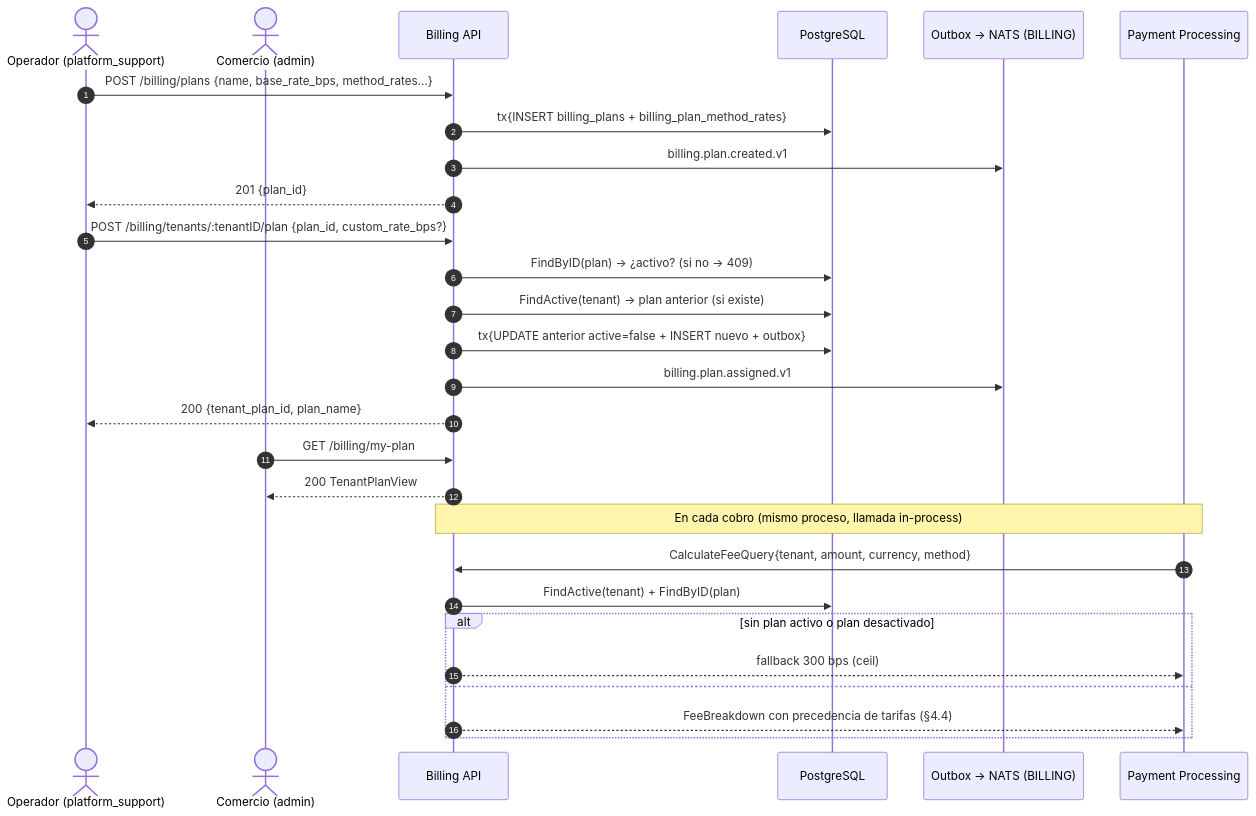
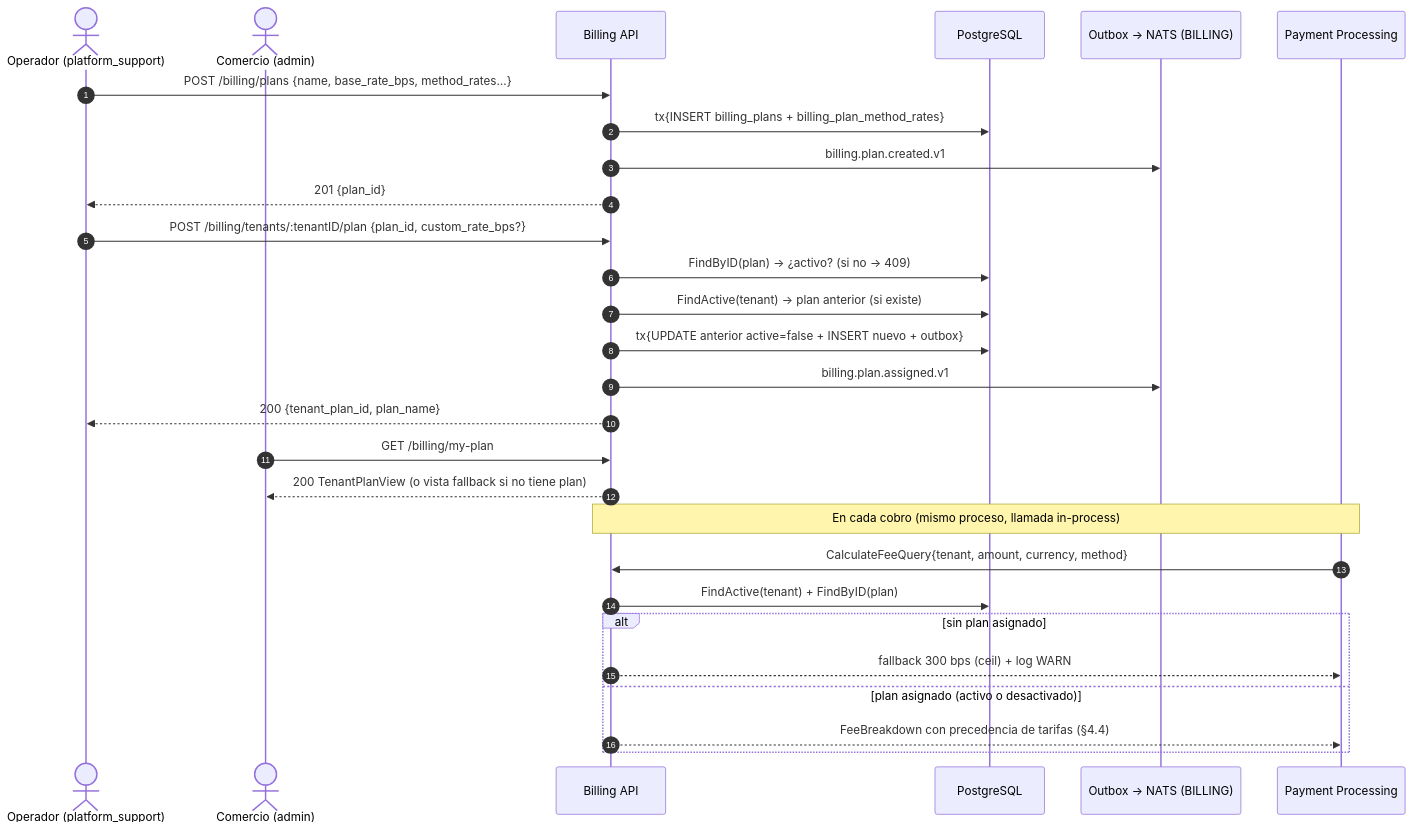
Before and after one commit to juantevez/cobros-platform: the diagram in docs/technical/BILLING.md, drawn with Mermaid. The commit also changed other lines of this file and 28 other files, not shown here.

````diff
--- a/docs/technical/BILLING.md
+++ b/docs/technical/BILLING.md
@@ -57,34 +58,34 @@
 ```mermaid
 sequenceDiagram
     autonumber
     actor P as Operador (platform_support)
     actor T as Comercio (admin)
     participant B as Billing API
     participant DB as PostgreSQL
     participant O as Outbox → NATS (BILLING)
     participant PAY as Payment Processing
 
     P->>B: POST /billing/plans {name, base_rate_bps, method_rates…}
     B->>DB: tx{INSERT billing_plans + billing_plan_method_rates}
     B->>O: billing.plan.created.v1
     B-->>P: 201 {plan_id}
 
     P->>B: POST /billing/tenants/:tenantID/plan {plan_id, custom_rate_bps?}
     B->>DB: FindByID(plan) → ¿activo? (si no → 409)
     B->>DB: FindActive(tenant) → plan anterior (si existe)
     B->>DB: tx{UPDATE anterior active=false + INSERT nuevo + outbox}
     B->>O: billing.plan.assigned.v1
     B-->>P: 200 {tenant_plan_id, plan_name}
 
     T->>B: GET /billing/my-plan
-    B-->>T: 200 TenantPlanView
+    B-->>T: 200 TenantPlanView (o vista fallback si no tiene plan)
 
     Note over PAY,B: En cada cobro (mismo proceso, llamada in-process)
     PAY->>B: CalculateFeeQuery{tenant, amount, currency, method}
     B->>DB: FindActive(tenant) + FindByID(plan)
-    alt sin plan activo o plan desactivado
-        B-->>PAY: fallback 300 bps (ceil)
-    else
+    alt sin plan asignado
+        B-->>PAY: fallback 300 bps (ceil) + log WARN
+    else plan asignado (activo o desactivado)
         B-->>PAY: FeeBreakdown con precedencia de tarifas (§4.4)
     end
 ```
````
